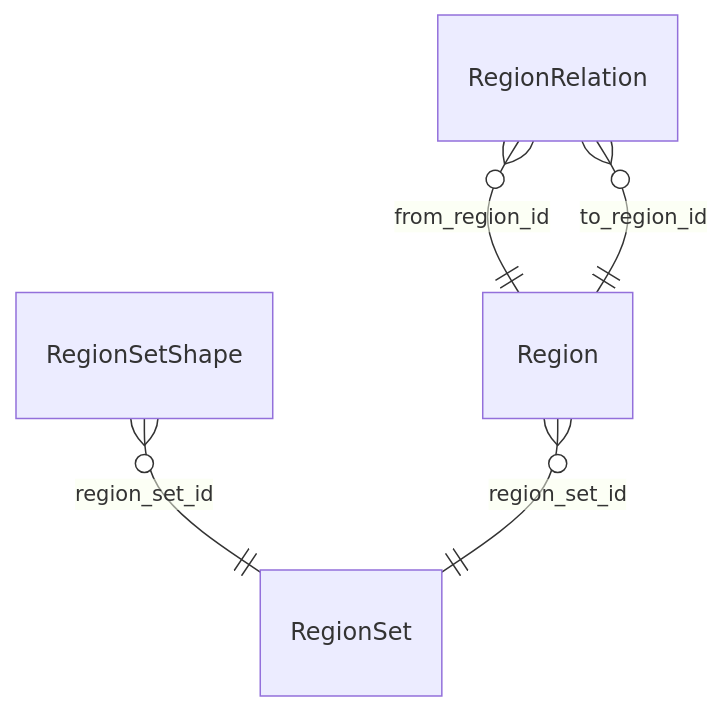
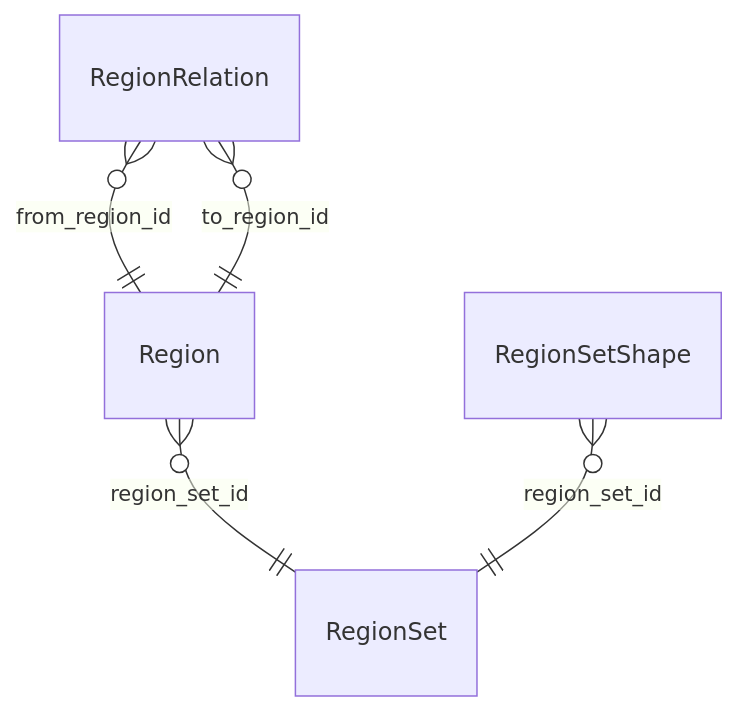
Before and after one commit to RIVM-bioinformatics/gen-epix-api: the diagram in docs/erm/casedb.geo.md, drawn with Mermaid. The commit also changed other lines of this file and 40 other files, not shown here.

Commit message:
refactor: commondb config parsing (type verification) expanded chore: regenerated ERM diagrams

````diff
--- a/docs/erm/casedb.geo.md
+++ b/docs/erm/casedb.geo.md
@@ -5,11 +5,11 @@
 ```mermaid
 erDiagram
     %% casedb / GEO (simplified)
 
     %% Relationships
+    Region }o--|| RegionSet : "region_set_id"
     RegionSetShape }o--|| RegionSet : "region_set_id"
     RegionRelation }o--|| Region : "from_region_id"
     RegionRelation }o--|| Region : "to_region_id"
-    Region }o--|| RegionSet : "region_set_id"
 
 ```
````
